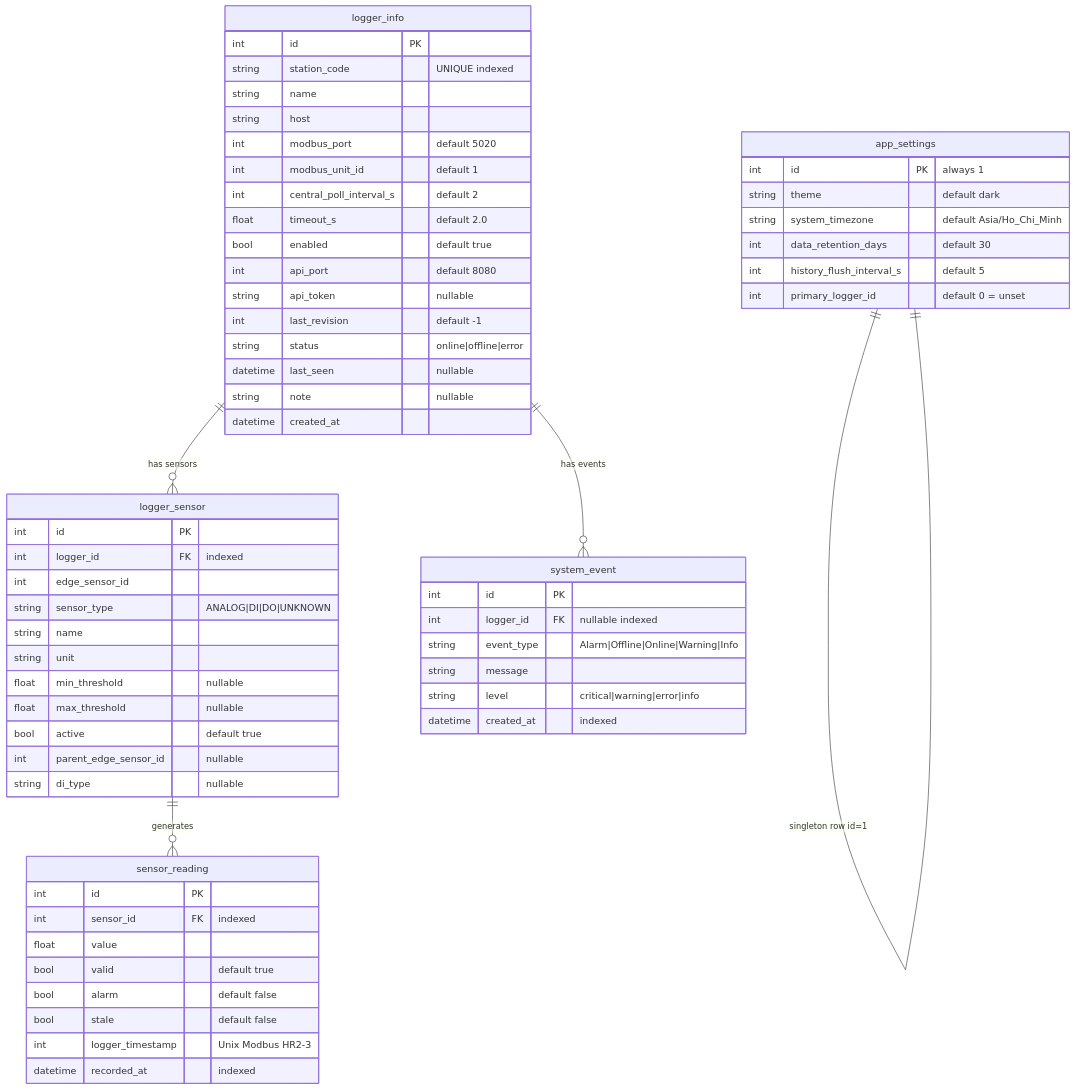
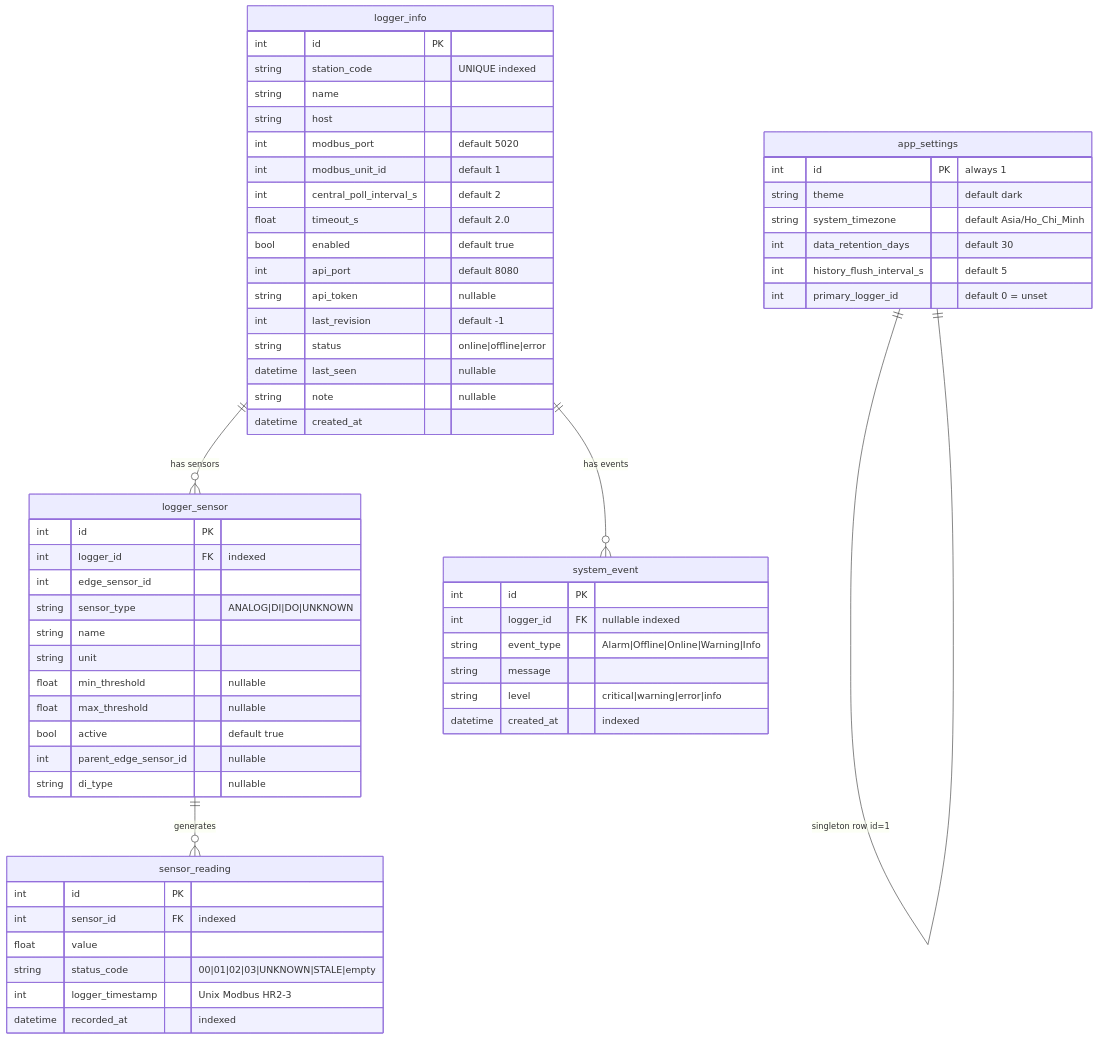
The first of 2 diagrams in docs/thiet_ke_db.md (quytttb/central-logger), drawn with Mermaid before and after one commit. The commit also changed other lines of this file and 41 other files, not shown here.

````diff
--- a/docs/thiet_ke_db.md
+++ b/docs/thiet_ke_db.md
@@ -42,69 +49,67 @@
 ```mermaid
 erDiagram
     logger_info ||--o{ logger_sensor : "has sensors"
     logger_info ||--o{ system_event : "has events"
     app_settings ||--|| app_settings : "singleton row id=1"
     logger_sensor ||--o{ sensor_reading : "generates"
 
     logger_info {
         int id PK
         string station_code "UNIQUE indexed"
         string name
         string host
         int modbus_port "default 5020"
         int modbus_unit_id "default 1"
         int central_poll_interval_s "default 2"
         float timeout_s "default 2.0"
         bool enabled "default true"
         int api_port "default 8080"
         string api_token "nullable"
         int last_revision "default -1"
         string status "online|offline|error"
         datetime last_seen "nullable"
         string note "nullable"
         datetime created_at
     }
 
     logger_sensor {
         int id PK
         int logger_id FK "indexed"
         int edge_sensor_id
         string sensor_type "ANALOG|DI|DO|UNKNOWN"
         string name
         string unit
         float min_threshold "nullable"
         float max_threshold "nullable"
         bool active "default true"
         int parent_edge_sensor_id "nullable"
         string di_type "nullable"
     }
 
     sensor_reading {
         int id PK
         int sensor_id FK "indexed"
         float value
-        bool valid "default true"
-        bool alarm "default false"
-        bool stale "default false"
+        string status_code "00|01|02|03|UNKNOWN|STALE|empty"
         int logger_timestamp "Unix Modbus HR2-3"
         datetime recorded_at "indexed"
     }
 
     system_event {
         int id PK
         int logger_id FK "nullable indexed"
         string event_type "Alarm|Offline|Online|Warning|Info"
         string message
         string level "critical|warning|error|info"
         datetime created_at "indexed"
     }
 
     app_settings {
         int id PK "always 1"
         string theme "default dark"
         string system_timezone "default Asia/Ho_Chi_Minh"
         int data_retention_days "default 30"
         int history_flush_interval_s "default 5"
         int primary_logger_id "default 0 = unset"
     }
 ```
````
